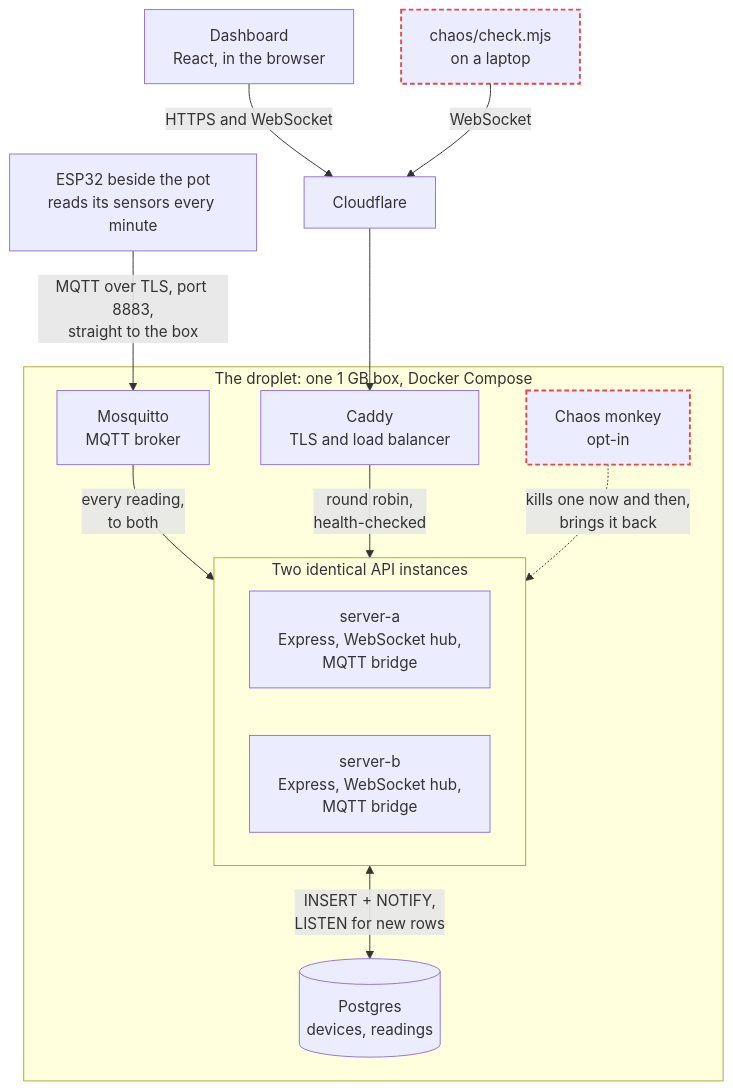
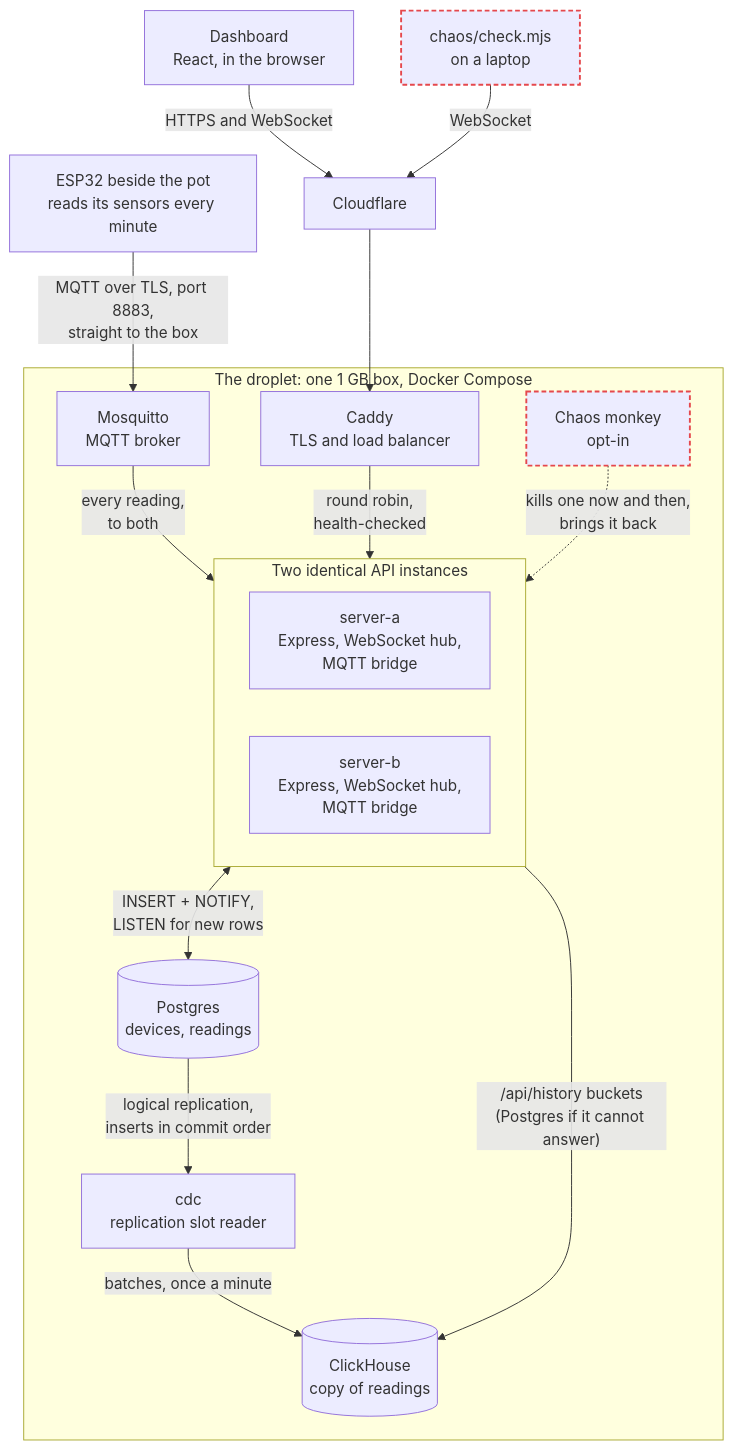
One commit to juhawilppu/plant changed the first of 3 diagrams in README.md. Above: the diagram before and after it, drawn with Mermaid. The commit also changed other lines of this file and 12 other files, not shown here.

First line of the commit message:
Copy the readings into ClickHouse, and read the long view from it

````diff
--- a/README.md
+++ b/README.md
@@ -33,30 +33,35 @@
 ```mermaid
 flowchart TB
     node["ESP32 beside the pot<br/>reads its sensors every minute"]
     browser["Dashboard<br/>React, in the browser"]
     checker["chaos/check.mjs<br/>on a laptop"]
     cloudflare["Cloudflare"]
 
     subgraph droplet["The droplet: one 1 GB box, Docker Compose"]
         mosquitto["Mosquitto<br/>MQTT broker"]
         caddy["Caddy<br/>TLS and load balancer"]
         monkey["Chaos monkey<br/>opt-in"]
         subgraph api["Two identical API instances"]
             a["server-a<br/>Express, WebSocket hub,<br/>MQTT bridge"]
             b["server-b<br/>Express, WebSocket hub,<br/>MQTT bridge"]
         end
         postgres[("Postgres<br/>devices, readings")]
+        cdc["cdc<br/>replication slot reader"]
+        clickhouse[("ClickHouse<br/>copy of readings")]
     end
 
     node -- "MQTT over TLS, port 8883,<br/>straight to the box" --> mosquitto
     browser -- "HTTPS and WebSocket" --> cloudflare
     checker -- "WebSocket" --> cloudflare
     cloudflare --> caddy
     mosquitto -- "every reading,<br/>to both" --> api
     caddy -- "round robin,<br/>health-checked" --> api
     monkey -. "kills one now and then,<br/>brings it back" .-> api
     api <-- "INSERT + NOTIFY,<br/>LISTEN for new rows" --> postgres
+    postgres -- "logical replication,<br/>inserts in commit order" --> cdc
+    cdc -- "batches, once a minute" --> clickhouse
+    api -- "/api/history buckets<br/>(Postgres if it cannot answer)" --> clickhouse
 
     classDef chaos stroke:#e5484d,stroke-width:2px,stroke-dasharray:5 3
     class monkey,checker chaos
 ```
````
